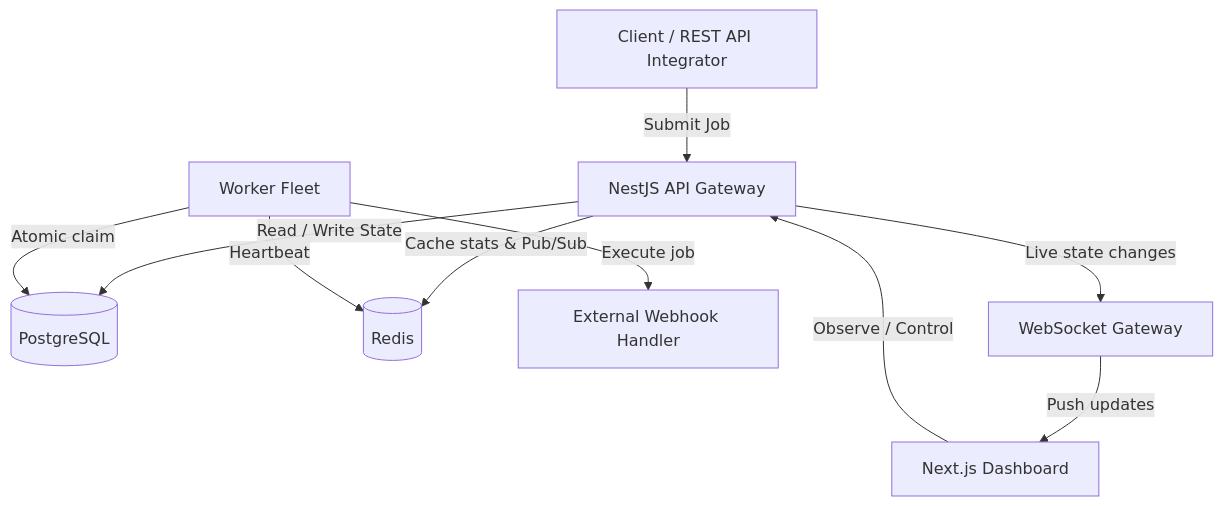
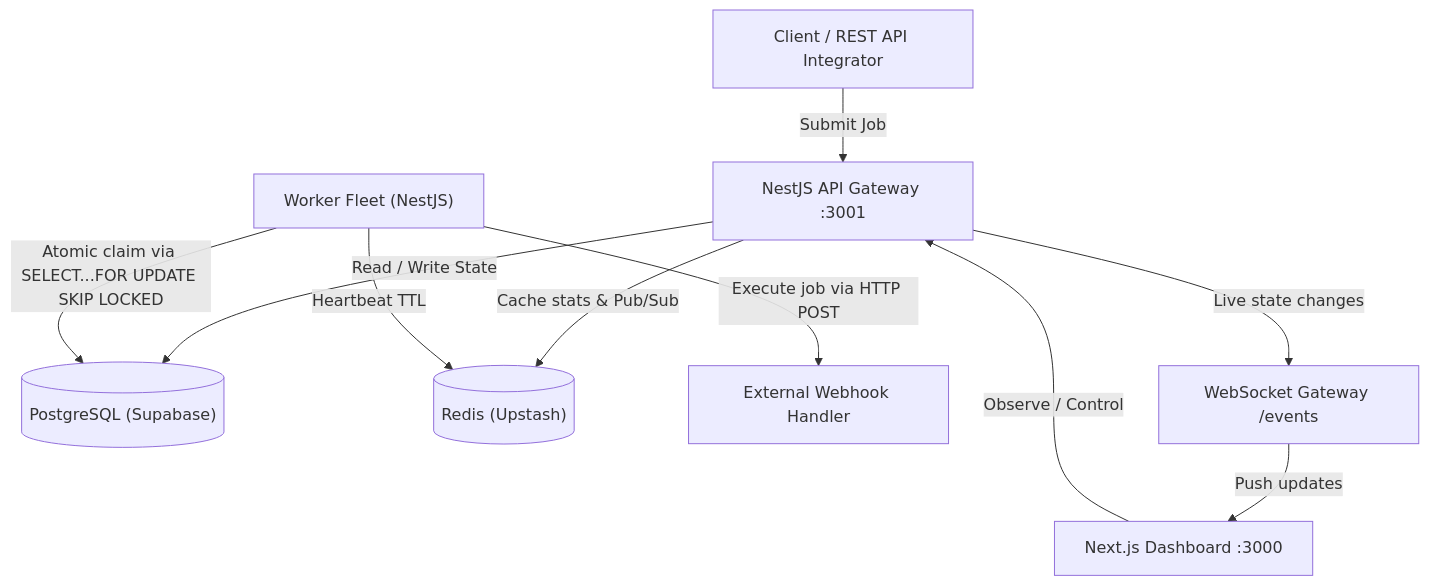
Before and after one commit to venkatvishaal/Orqestra: the first of 3 diagrams in aurora-scheduler/README.md, drawn with Mermaid. The commit also changed other lines of this file, not shown here.

Commit message:
docs: write comprehensive scheduler documentation to project README.md

````diff
--- a/aurora-scheduler/README.md
+++ b/aurora-scheduler/README.md
@@ -11,12 +27,12 @@
 ```mermaid
 graph TD
-    Client[Client / REST API Integrator] -->|Submit Job| API[NestJS API Gateway]
-    Dashboard[Next.js Dashboard] -->|Observe / Control| API
-    API -->|Read / Write State| DB[(PostgreSQL)]
-    API -->|Cache stats & Pub/Sub| Cache[(Redis)]
-    WorkerPool[Worker Fleet] -->|Heartbeat| Cache
-    WorkerPool -->|Atomic claim| DB
-    WorkerPool -->|Execute job| ExternalAPI[External Webhook Handler]
-    API -->|Live state changes| WS[WebSocket Gateway]
+    Client["Client / REST API Integrator"] -->|Submit Job| API["NestJS API Gateway :3001"]
+    Dashboard["Next.js Dashboard :3000"] -->|Observe / Control| API
+    API -->|Read / Write State| DB[("PostgreSQL (Supabase)")]
+    API -->|Cache stats & Pub/Sub| Cache[("Redis (Upstash)")]
+    WorkerPool["Worker Fleet (NestJS)"] -->|Heartbeat TTL| Cache
+    WorkerPool -->|Atomic claim via SELECT...FOR UPDATE SKIP LOCKED| DB
+    WorkerPool -->|Execute job via HTTP POST| ExternalAPI["External Webhook Handler"]
+    API -->|Live state changes| WS["WebSocket Gateway /events"]
     WS -->|Push updates| Dashboard
 ```
````
